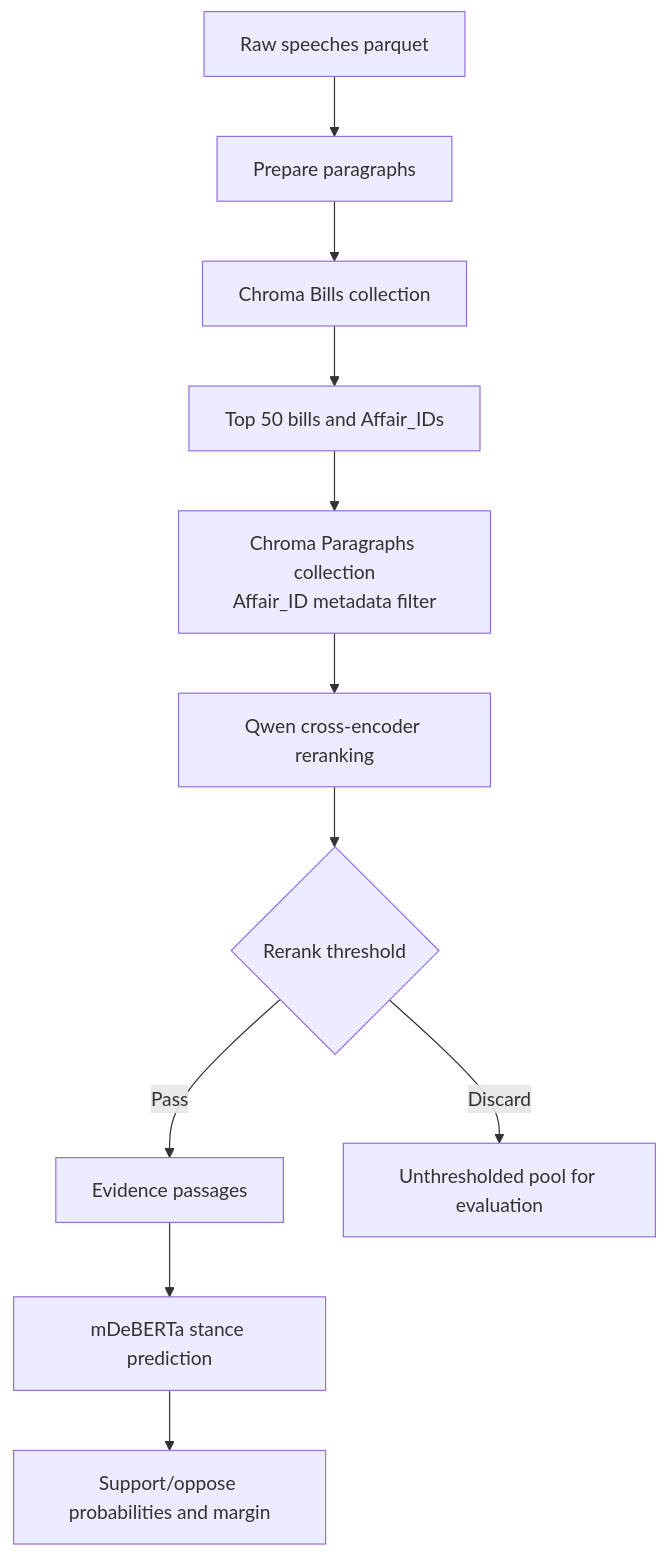
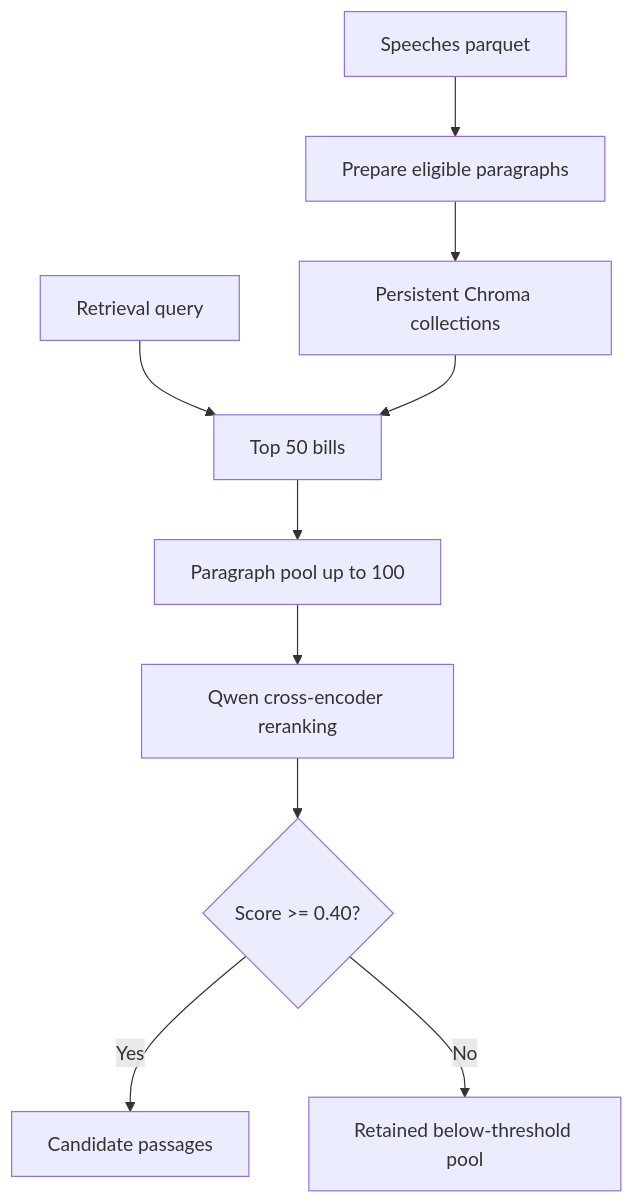
The diagram in README.md (MatteoFasulo/DemocraSci-AM), drawn with Mermaid before and after one commit. The commit also changed other lines of this file and 1 other file, not shown here.

Commit message:
Update README.md for pipeline clarity and adjust main.py comments for stance detection

````diff
--- a/README.md
+++ b/README.md
@@ -7,13 +25,12 @@
 ```mermaid
 flowchart TD
-    A[Raw speeches parquet] --> B[Prepare paragraphs]
-    B --> C[Chroma Bills collection]
-    C --> D[Top 50 bills and Affair_IDs]
-    D --> E[Chroma Paragraphs collection<br/>Affair_ID metadata filter]
+    A[Speeches parquet] --> B[Prepare eligible paragraphs]
+    B --> C[Persistent Chroma collections]
+    Q[Retrieval query] --> D[Top 50 bills]
+    C --> D
+    D --> E[Paragraph pool up to 100]
     E --> F[Qwen cross-encoder reranking]
-    F --> G{Rerank threshold}
-    G -->|Pass| H[Evidence passages]
-    G -->|Discard| I[Unthresholded pool for evaluation]
-    H --> J[mDeBERTa stance prediction]
-    J --> K[Support/oppose probabilities and margin]
+    F --> G{Score >= 0.40?}
+    G -->|Yes| H[Candidate passages]
+    G -->|No| I[Retained below-threshold pool]
 ```
````
